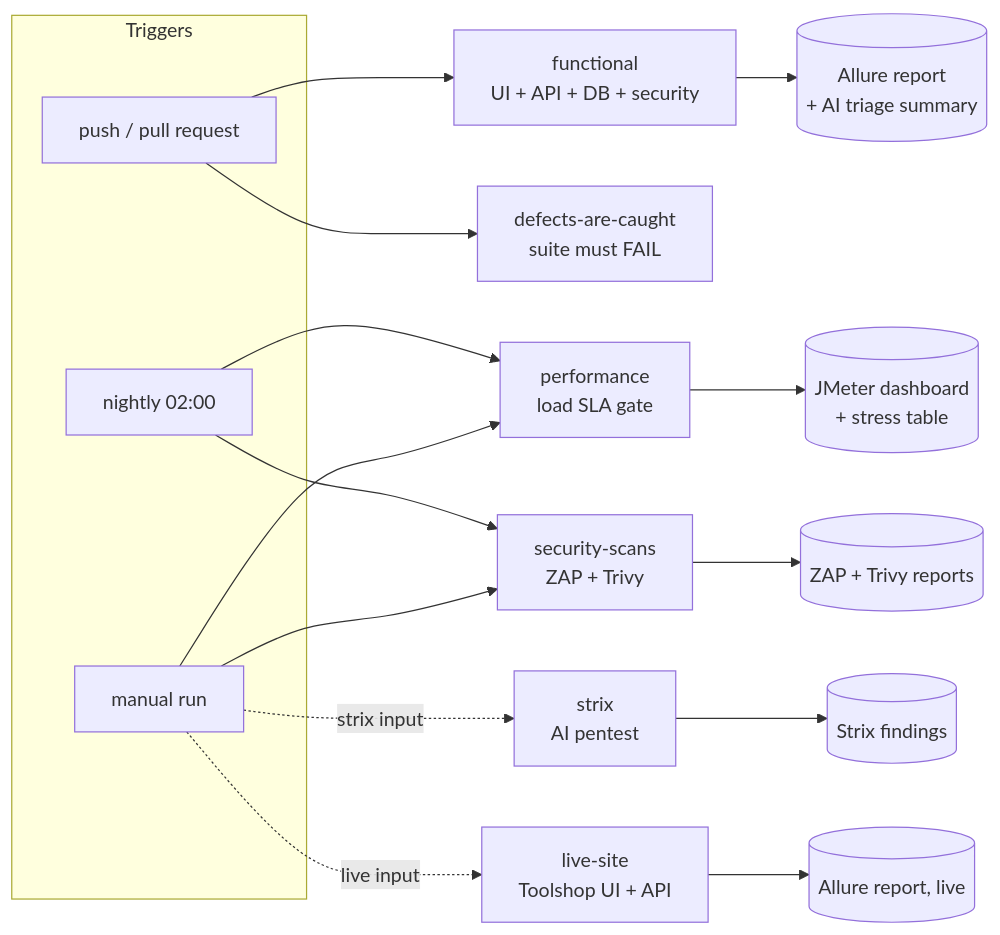
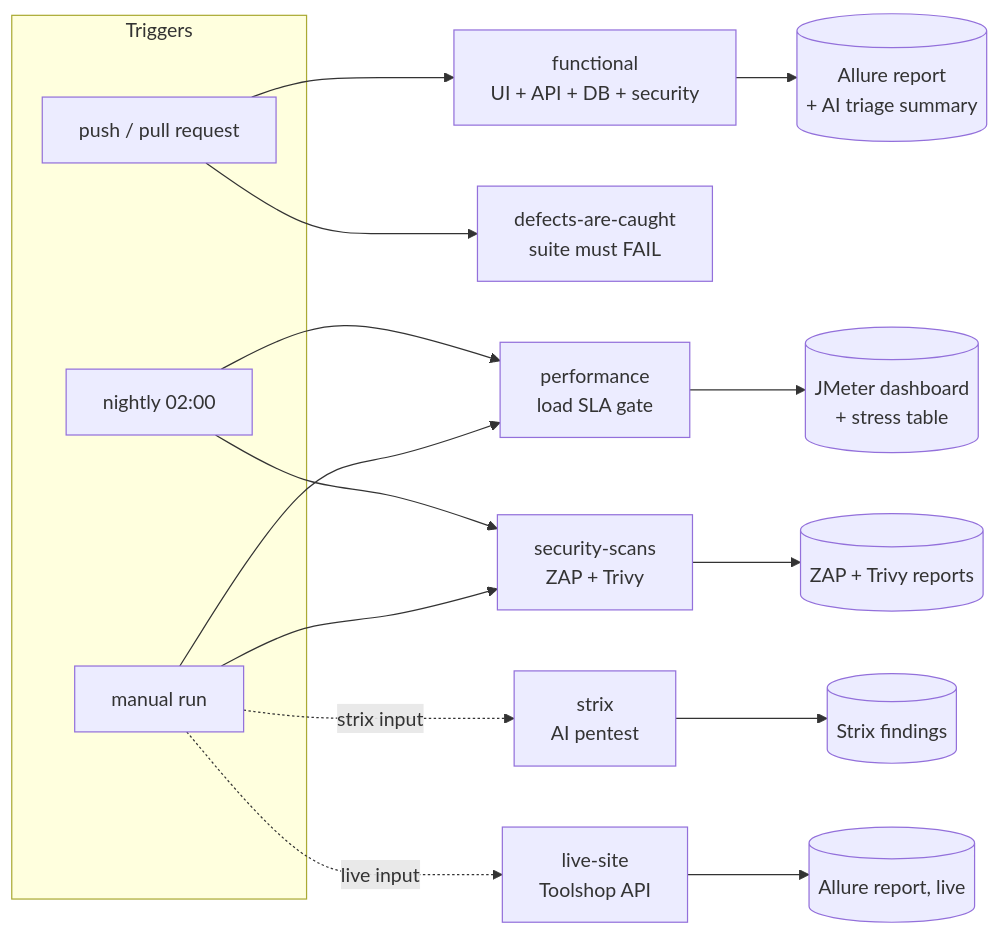
One commit to DViceman09/SentinelQA-AI-Test-Automation changed diagram 15 of 15 in README.md. Above: the diagram before and after it, drawn with Mermaid. The commit also changed other lines of this file and 4 other files, not shown here.

First line of the commit message:
Live suite: don't lock the shared demo account; API-only in CI

````diff
--- a/README.md
+++ b/README.md
@@ -602,21 +605,21 @@
 ```mermaid
 flowchart LR
     subgraph TRIG["Triggers"]
         P["push / pull request"]
         N["nightly 02:00"]
         M["manual run"]
     end
     P --> J1["functional<br/>UI + API + DB + security"]
     P --> J2["defects-are-caught<br/>suite must FAIL"]
     N --> J3["performance<br/>load SLA gate"]
     M --> J3
     N --> J4["security-scans<br/>ZAP + Trivy"]
     M --> J4
     M -.->|"strix input"| J5["strix<br/>AI pentest"]
-    M -.->|"live input"| J6["live-site<br/>Toolshop UI + API"]
+    M -.->|"live input"| J6["live-site<br/>Toolshop API"]
     J1 --> A1[("Allure report<br/>+ AI triage summary")]
     J3 --> A2[("JMeter dashboard<br/>+ stress table")]
     J4 --> A3[("ZAP + Trivy reports")]
     J5 --> A4[("Strix findings")]
     J6 --> A5[("Allure report, live")]
 ```
````
